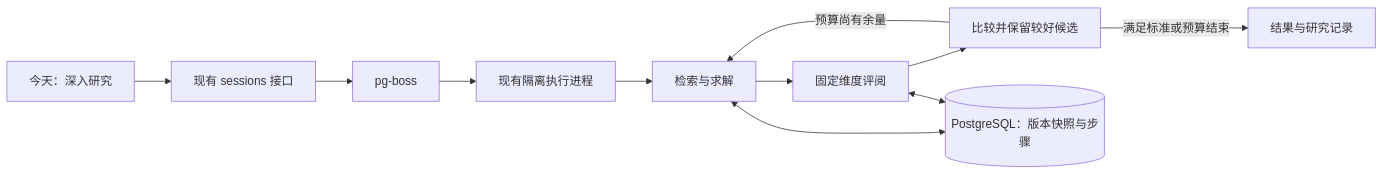
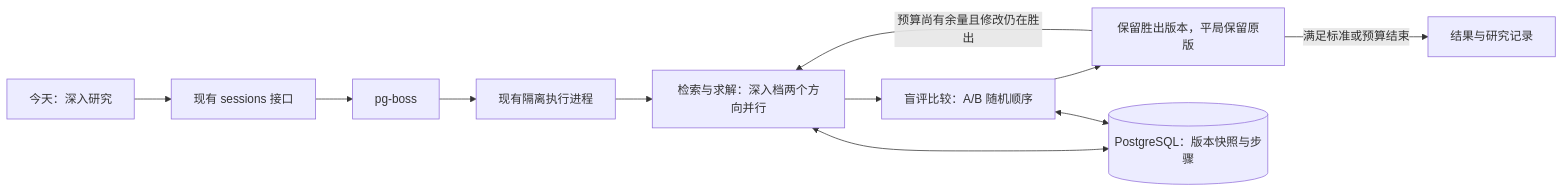
The diagram in docs/research.md (zzzfu411/yeux-assistant), drawn with Mermaid before and after one commit. The commit also changed other lines of this file, not shown here.

````diff
--- a/docs/research.md
+++ b/docs/research.md
@@ -35,13 +43,13 @@
 ```mermaid
 flowchart LR
   UI[今天：深入研究] --> API[现有 sessions 接口]
   API --> Queue[pg-boss]
   Queue --> Worker[现有隔离执行进程]
-  Worker --> Solve[检索与求解]
-  Solve --> Review[固定维度评阅]
-  Review --> Keep[比较并保留较好候选]
-  Keep -->|预算尚有余量| Solve
+  Worker --> Solve[检索与求解：深入档两个方向并行]
+  Solve --> Review[盲评比较：A/B 随机顺序]
+  Review --> Keep[保留胜出版本，平局保留原版]
+  Keep -->|预算尚有余量且修改仍在胜出| Solve
   Keep -->|满足标准或预算结束| Result[结果与研究记录]
   Solve <--> DB[(PostgreSQL：版本快照与步骤)]
   Review <--> DB
 ```
````
